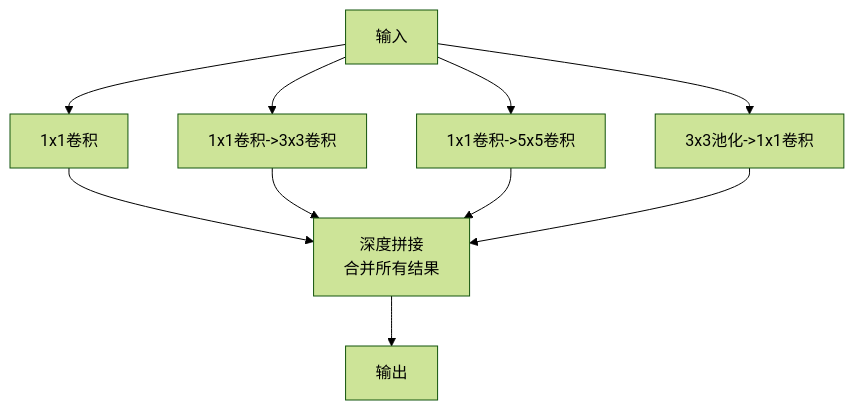
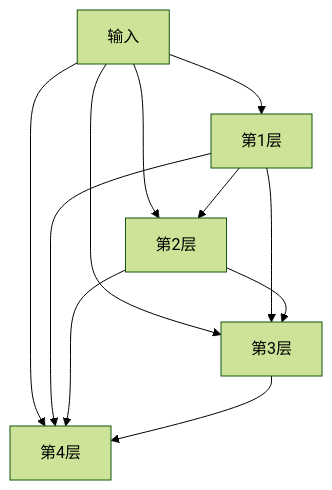
The ninth of 10 diagrams in docs/AI/2.深度学习/4.卷积神经网络/index.md (Kgumo/Note), drawn with Mermaid (forest theme) before and after one commit. The commit also changed other lines of this file and 60 other files, not shown here.

````diff
--- a/docs/AI/2.深度学习/4.卷积神经网络/index.md
+++ b/docs/AI/2.深度学习/4.卷积神经网络/index.md
@@ -560,14 +805,13 @@
 ```mermaid
-flowchart TD
-A[输入] --> B1[1x1卷积]
-A --> B2[1x1卷积->3x3卷积]
-A --> B3[1x1卷积->5x5卷积]
-A --> B4[3x3池化->1x1卷积]
-
-B1 --> C[深度拼接<br>合并所有结果]
-B2 --> C
-B3 --> C
-B4 --> C
-
-C --> D[输出]
+graph TD
+A[输入] --> B[第1层]
+A --> C[第2层]
+B --> C
+A --> D[第3层]
+B --> D
+C --> D
+A --> E[第4层]
+B --> E
+C --> E
+D --> E
 ```
````
